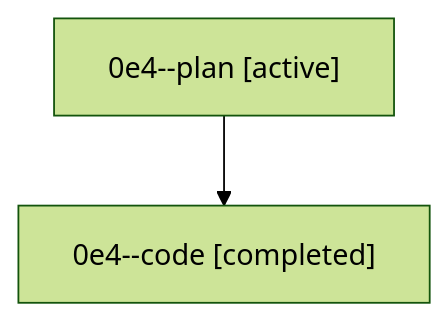
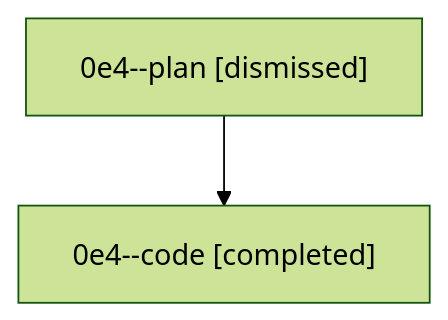
The diagram in sessions/bbugyi200.athena.0e4.md (sase-org/sase--agents), drawn with Mermaid (forest theme) before and after one commit. The commit also changed other lines of this file and 24 other files, not shown here.

````diff
--- a/sessions/bbugyi200.athena.0e4.md
+++ b/sessions/bbugyi200.athena.0e4.md
@@ -9,6 +9,6 @@
 ```mermaid
 flowchart TD
-  n0["0e4--plan [active]"]
+  n0["0e4--plan [dismissed]"]
   n1["0e4--code [completed]"]
   n0 --> n1
 ```
````
